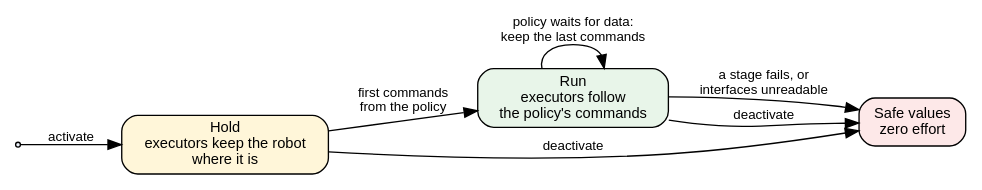
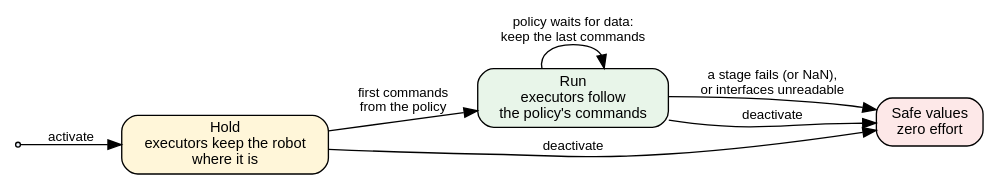
One commit to saikishor/ros2_policy_framework changed the first of 2 diagrams in docs/safety.rst. Above: the diagram before and after it, drawn with Graphviz. The commit also changed other lines of this file and 1 other file, not shown here.

```diff
--- a/docs/safety.rst
+++ b/docs/safety.rst
@@ -10,17 +10,17 @@
 .. graphviz::
 
    digraph lifecycle {
      rankdir=LR;
      node [shape=box, style="rounded,filled", fillcolor="#eef3fb", fontname="Helvetica", fontsize=11];
      edge [fontname="Helvetica", fontsize=10];
      start [shape=point];
      hold [label="Hold\nexecutors keep the robot\nwhere it is", fillcolor="#fff6d9"];
      run [label="Run\nexecutors follow\nthe policy's commands", fillcolor="#e8f5e9"];
      safe [label="Safe values\nzero effort", fillcolor="#fde8e8"];
      start -> hold [label="activate"];
      hold -> run [label="first commands\nfrom the policy"];
      run -> run [label="policy waits for data:\nkeep the last commands"];
-     run -> safe [label="a stage fails, or\ninterfaces unreadable"];
+     run -> safe [label="a stage fails (or NaN),\nor interfaces unreadable"];
      hold -> safe [label="deactivate"];
      run -> safe [label="deactivate"];
    }
```
